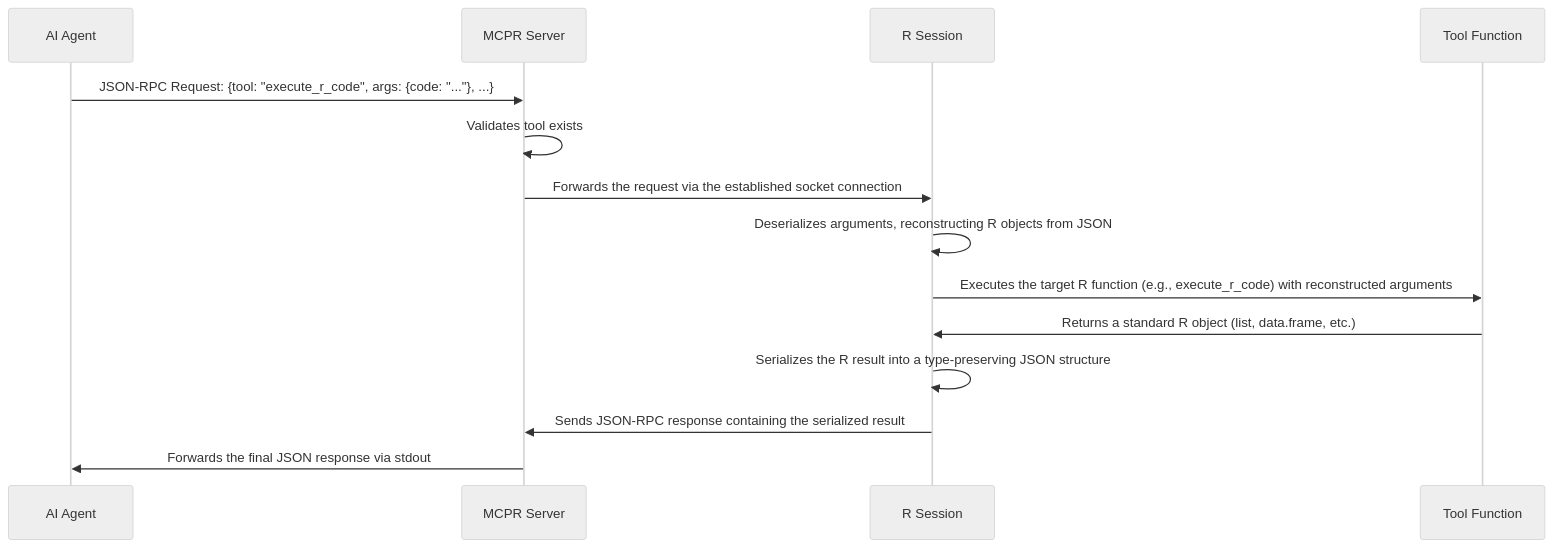
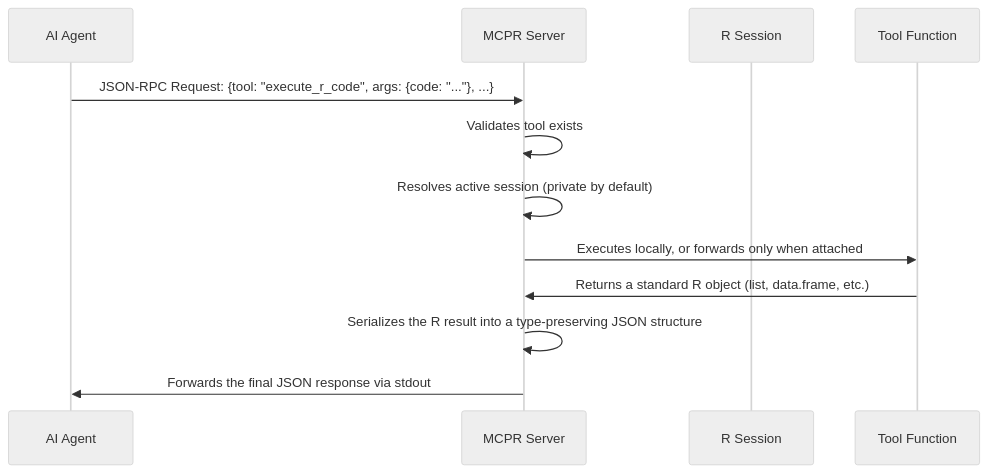
Before and after one commit to phisanti/MCPR: the second of 3 diagrams in vignettes/architecture.qmd, drawn with Mermaid (neutral theme). The commit also changed other lines of this file and 31 other files, not shown here.

````diff
--- a/vignettes/architecture.qmd
+++ b/vignettes/architecture.qmd
@@ -59,17 +67,15 @@
 ```{mermaid}
 sequenceDiagram
     participant AI as AI Agent
     participant Server as MCPR Server
     participant Session as R Session
     participant Tool as Tool Function
     
     AI->>Server: JSON-RPC Request: {tool: "execute_r_code", args: {code: "..."}, ...}
     Server->>Server: Validates tool exists
-    Server->>Session: Forwards the request via the established socket connection
-    Session->>Session: Deserializes arguments, reconstructing R objects from JSON
-    Session->>Tool: Executes the target R function (e.g., execute_r_code) with reconstructed arguments
-    Tool->>Session: Returns a standard R object (list, data.frame, etc.)
-    Session->>Session: Serializes the R result into a type-preserving JSON structure
-    Session->>Server: Sends JSON-RPC response containing the serialized result
+    Server->>Server: Resolves active session (private by default)
+    Server->>Tool: Executes locally, or forwards only when attached
+    Tool->>Server: Returns a standard R object (list, data.frame, etc.)
+    Server->>Server: Serializes the R result into a type-preserving JSON structure
     Server->>AI: Forwards the final JSON response via stdout
 ```
````
